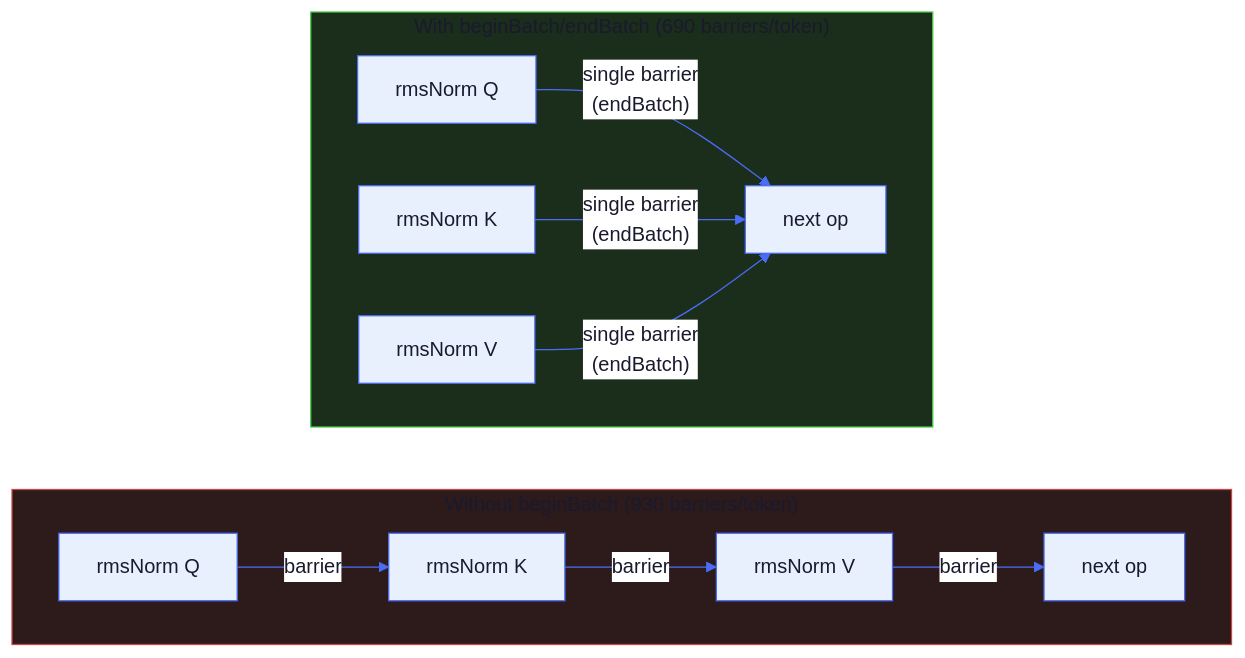
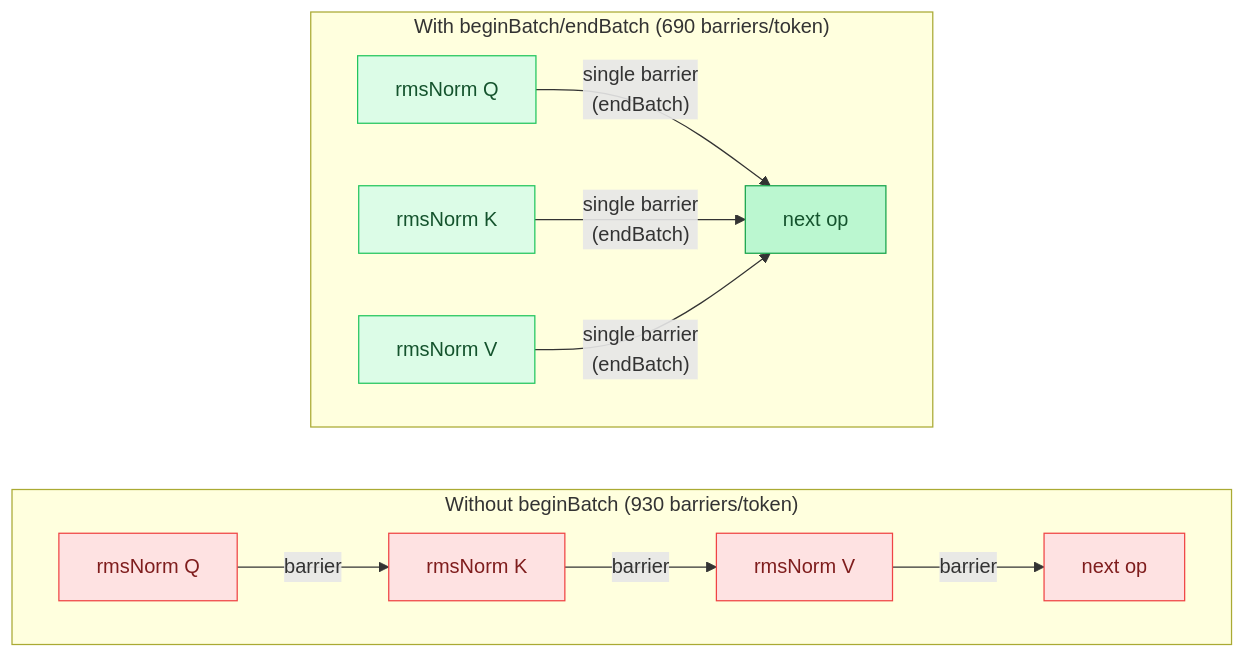
Before and after one commit to maci0/agave: the fourth of 9 diagrams in docs/tutorial/11-metal-backend-internals.md, drawn with Mermaid. The commit also changed other lines of this file and 24 other files, not shown here.

First line of the commit message:
docs: convert all mermaid diagrams to classDef semantic colors

````diff
--- a/docs/tutorial/11-metal-backend-internals.md
+++ b/docs/tutorial/11-metal-backend-internals.md
@@ -324,29 +317,28 @@
 ```mermaid
-%%{init: {'theme': 'base', 'themeVariables': {
-  'primaryColor': '#e8f0fe',
-  'primaryTextColor': '#1a1a2e',
-  'primaryBorderColor': '#4a6cf7',
-  'lineColor': '#4a6cf7',
-  'secondaryColor': '#f0f4ff',
-  'tertiaryColor': '#f8f9ff',
-  'edgeLabelBackground': '#ffffff',
-  'clusterBkg': '#f0f4ff',
-  'clusterBorder': '#4a6cf7',
-  'titleColor': '#1a1a2e',
-  'nodeTextColor': '#1a1a2e',
-  'fontFamily': 'ui-monospace, SFMono-Regular, monospace'
-}}}%%
 flowchart LR
+    classDef setup     fill:#dbeafe,stroke:#3b82f6,color:#1e3a5f
+    classDef sync      fill:#dcfce7,stroke:#22c55e,color:#14532d
+    classDef migration fill:#fef9c3,stroke:#eab308,color:#713f12
+    classDef success   fill:#bbf7d0,stroke:#16a34a,color:#14532d
+    classDef danger    fill:#fee2e2,stroke:#ef4444,color:#7f1d1d
+    classDef optional  fill:#f3e8ff,stroke:#9333ea,color:#581c87
+
+    A1["rmsNorm Q"]:::danger
+    A2["rmsNorm K"]:::danger
+    A3["rmsNorm V"]:::danger
+    A4["next op"]:::danger
+    B1["rmsNorm Q"]:::sync
+    B2["rmsNorm K"]:::sync
+    B3["rmsNorm V"]:::sync
+    B4["next op"]:::success
+
     subgraph Sequential["Without beginBatch (930 barriers/token)"]
         direction LR
-        A1["rmsNorm Q"] -->|barrier| A2["rmsNorm K"] -->|barrier| A3["rmsNorm V"] -->|barrier| A4["next op"]
+        A1 -->|barrier| A2 -->|barrier| A3 -->|barrier| A4
     end
 
     subgraph Batched["With beginBatch/endBatch (690 barriers/token)"]
         direction LR
-        B1["rmsNorm Q"] & B2["rmsNorm K"] & B3["rmsNorm V"] -->|"single barrier\n(endBatch)"| B4["next op"]
+        B1 & B2 & B3 -->|"single barrier\n(endBatch)"| B4
     end
-
-    style Sequential fill:#2d1b1b,stroke:#cc4444
-    style Batched fill:#1b2d1b,stroke:#44cc44
 ```
````
